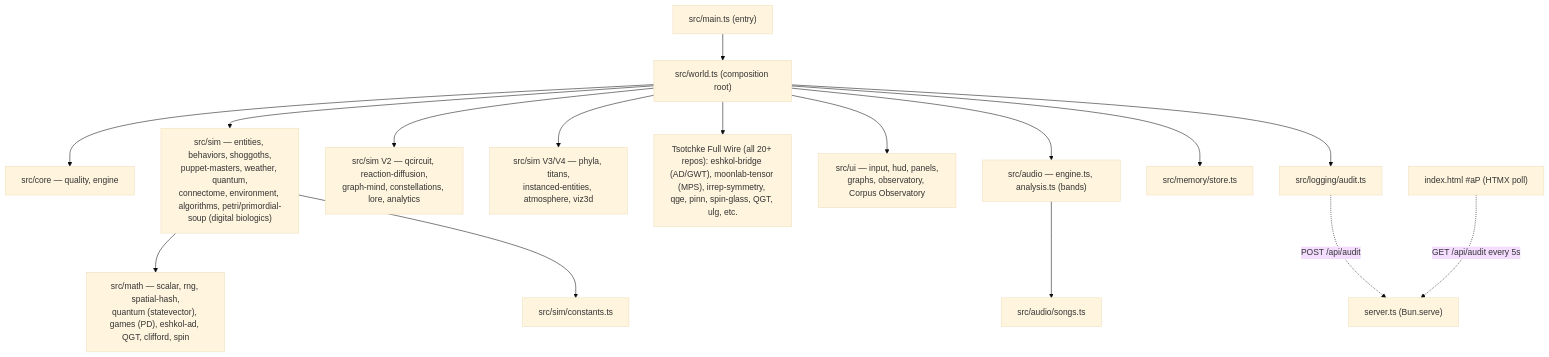
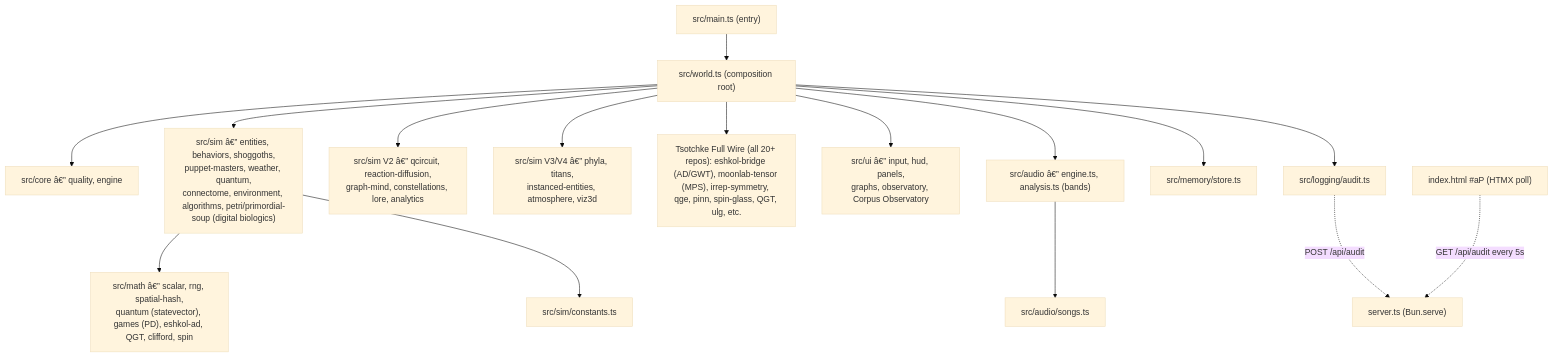
The diagram in README.md (0thernes/cosmogonic-quantum-mechalogodrom), drawn with Mermaid (base theme) before and after one commit. The commit also changed other lines of this file and 7 other files, not shown here.

````diff
--- a/README.md
+++ b/README.md
@@ -460,18 +460,18 @@
 ```mermaid
 graph TD
   main["src/main.ts (entry)"] --> world["src/world.ts (composition root)"]
-  world --> core["src/core — quality, engine"]
-  world --> sim["src/sim — entities, behaviors, shoggoths,\npuppet-masters, weather, quantum,\nconnectome, environment, algorithms, petri/primordial-soup (digital biologics)"]
-  world --> v2["src/sim V2 — qcircuit, reaction-diffusion,\ngraph-mind, constellations, lore, analytics"]
-  world --> v34["src/sim V3/V4 — phyla, titans,\ninstanced-entities, atmosphere, viz3d"]
+  world --> core["src/core â€” quality, engine"]
+  world --> sim["src/sim â€” entities, behaviors, shoggoths,\npuppet-masters, weather, quantum,\nconnectome, environment, algorithms, petri/primordial-soup (digital biologics)"]
+  world --> v2["src/sim V2 â€” qcircuit, reaction-diffusion,\ngraph-mind, constellations, lore, analytics"]
+  world --> v34["src/sim V3/V4 â€” phyla, titans,\ninstanced-entities, atmosphere, viz3d"]
   world --> tsotchke["Tsotchke Full Wire (all 20+ repos): eshkol-bridge (AD/GWT), moonlab-tensor (MPS), irrep-symmetry, qge, pinn, spin-glass, QGT, ulg, etc."]
-  world --> ui["src/ui — input, hud, panels,\ngraphs, observatory, Corpus Observatory"]
-  world --> audio["src/audio — engine.ts, analysis.ts (bands)"]
+  world --> ui["src/ui â€” input, hud, panels,\ngraphs, observatory, Corpus Observatory"]
+  world --> audio["src/audio â€” engine.ts, analysis.ts (bands)"]
   world --> mem["src/memory/store.ts"]
   world --> audit["src/logging/audit.ts"]
-  sim --> math["src/math — scalar, rng, spatial-hash,\nquantum (statevector), games (PD), eshkol-ad, QGT, clifford, spin"]
+  sim --> math["src/math â€” scalar, rng, spatial-hash,\nquantum (statevector), games (PD), eshkol-ad, QGT, clifford, spin"]
   sim --> constants["src/sim/constants.ts"]
   audio --> songs["src/audio/songs.ts"]
   audit -. "POST /api/audit" .-> server["server.ts (Bun.serve)"]
   htmx["index.html #aP (HTMX poll)"] -. "GET /api/audit every 5s" .-> server
 ```
````
